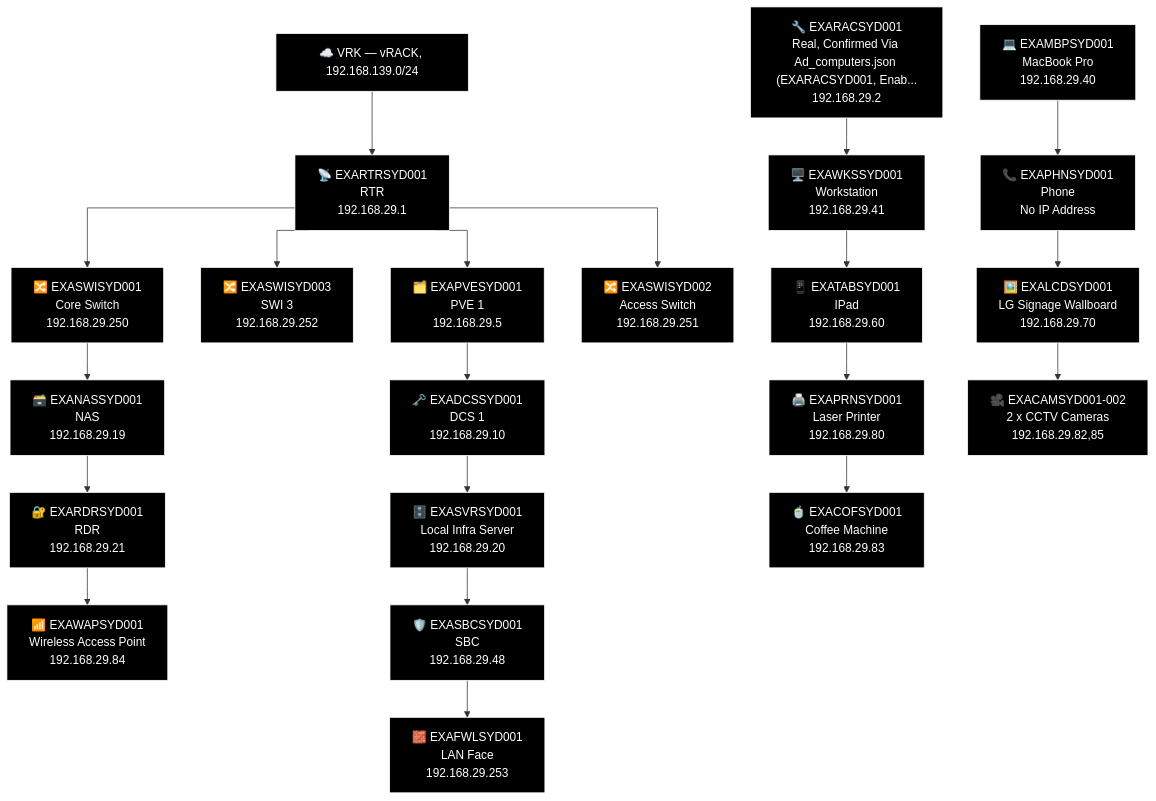
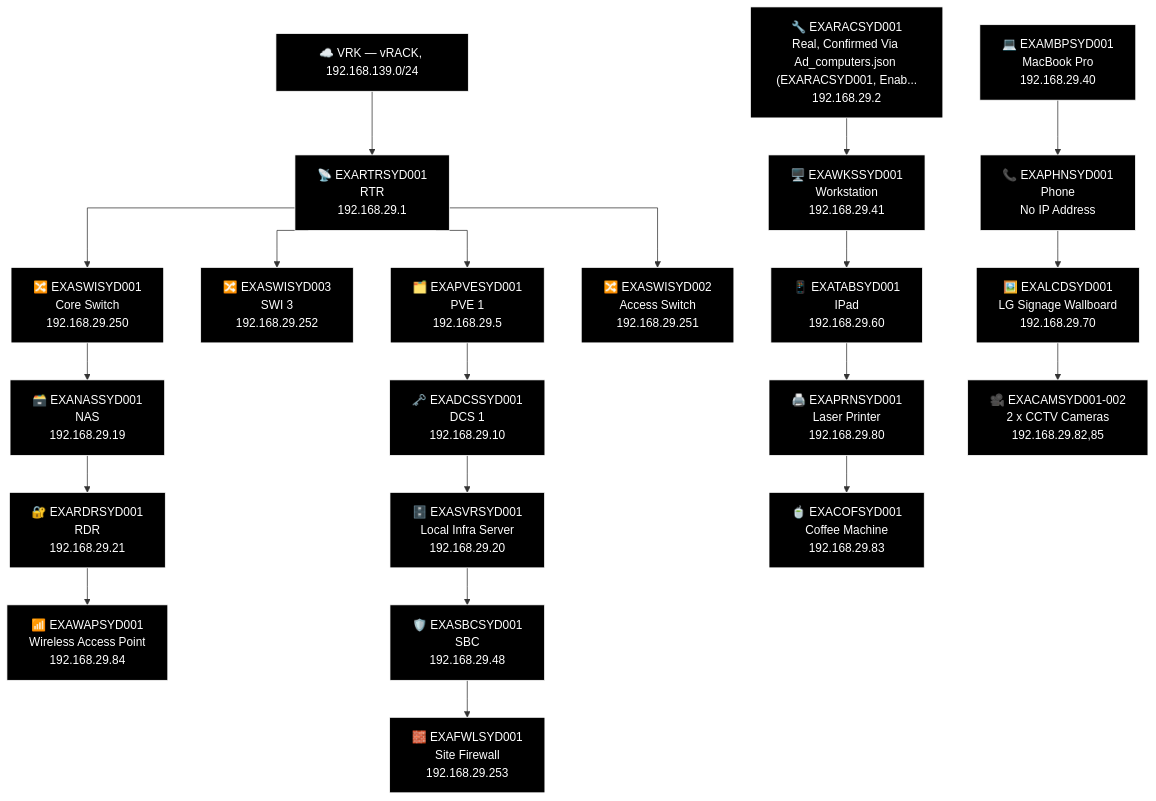
One commit to knightmare2600/example_music_infra changed the third of 6 diagrams in docs/network-diagram/australia.md. Above: the diagram before and after it, drawn with Mermaid. The commit also changed other lines of this file and 19 other files, not shown here.

````diff
--- a/docs/network-diagram/australia.md
+++ b/docs/network-diagram/australia.md
@@ -134,59 +134,59 @@
 ```mermaid
 %% GENERATED:TOPOLOGY:SYD:START
 %%{init: {'flowchart': {'curve': 'stepAfter'}}}%%
 graph TD
     T_VRK["☁️ VRK — vRACK, 192.168.139.0/24"]
     T_RTR["📡 EXARTRSYD001<br/>RTR<br/>192.168.29.1"]
     T_VRK --> T_RTR
     T_PVE["🗂️ EXAPVESYD001<br/>PVE 1<br/>192.168.29.5"]
     T_RTR --> T_PVE
     T_SWI["🔀 EXASWISYD003<br/>SWI 3<br/>192.168.29.252"]
     T_RTR --> T_SWI
     T_SWI2["🔀 EXASWISYD001<br/>Core Switch<br/>192.168.29.250"]
     T_RTR --> T_SWI2
     T_SWI3["🔀 EXASWISYD002<br/>Access Switch<br/>192.168.29.251"]
     T_RTR --> T_SWI3
     T_NAS["🗃️ EXANASSYD001<br/>NAS<br/>192.168.29.19"]
     T_RDR["🔐 EXARDRSYD001<br/>RDR<br/>192.168.29.21"]
     T_WAP["📶 EXAWAPSYD001<br/>Wireless Access Point<br/>192.168.29.84"]
     T_SWI2 --> T_NAS --> T_RDR --> T_WAP
     T_DCS["🗝️ EXADCSSYD001<br/>DCS 1<br/>192.168.29.10"]
     T_SVR["🗄️ EXASVRSYD001<br/>Local Infra Server<br/>192.168.29.20"]
     T_SBC["🛡️ EXASBCSYD001<br/>SBC<br/>192.168.29.48"]
-    T_FWL["🧱 EXAFWLSYD001<br/>LAN Face<br/>192.168.29.253"]
+    T_FWL["🧱 EXAFWLSYD001<br/>Site Firewall<br/>192.168.29.253"]
     T_PVE --> T_DCS --> T_SVR --> T_SBC --> T_FWL
     T_RAC["🔧 EXARACSYD001<br/>Real, Confirmed Via Ad_computers.json (EXARACSYD001, Enab...<br/>192.168.29.2"]
     T_MBP["💻 EXAMBPSYD001<br/>MacBook Pro<br/>192.168.29.40"]
     T_WKS["🖥️ EXAWKSSYD001<br/>Workstation<br/>192.168.29.41"]
     T_PHN["📞 EXAPHNSYD001<br/>Phone<br/>No IP Address"]
     T_TAB["📱 EXATABSYD001<br/>IPad<br/>192.168.29.60"]
     T_LCD["🖼️ EXALCDSYD001<br/>LG Signage Wallboard<br/>192.168.29.70"]
     T_PRN["🖨️ EXAPRNSYD001<br/>Laser Printer<br/>192.168.29.80"]
     T_OTH_CAM["🎥 EXACAMSYD001-002<br/>2 x CCTV Cameras<br/>192.168.29.82,85"]
     T_COF["🍵 EXACOFSYD001<br/>Coffee Machine<br/>192.168.29.83"]
     T_RAC --> T_WKS --> T_TAB --> T_PRN --> T_COF
     T_MBP --> T_PHN --> T_LCD --> T_OTH_CAM
     style T_VRK fill:#000000,stroke:#FFFFFF,color:#FFFFFF
     style T_RTR fill:#000000,stroke:#FFFFFF,color:#FFFFFF
     style T_PVE fill:#000000,stroke:#FFFFFF,color:#FFFFFF
     style T_SWI fill:#000000,stroke:#FFFFFF,color:#FFFFFF
     style T_SWI2 fill:#000000,stroke:#FFFFFF,color:#FFFFFF
     style T_SWI3 fill:#000000,stroke:#FFFFFF,color:#FFFFFF
     style T_NAS fill:#000000,stroke:#FFFFFF,color:#FFFFFF
     style T_RDR fill:#000000,stroke:#FFFFFF,color:#FFFFFF
     style T_WAP fill:#000000,stroke:#FFFFFF,color:#FFFFFF
     style T_DCS fill:#000000,stroke:#FFFFFF,color:#FFFFFF
     style T_SVR fill:#000000,stroke:#FFFFFF,color:#FFFFFF
     style T_SBC fill:#000000,stroke:#FFFFFF,color:#FFFFFF
     style T_FWL fill:#000000,stroke:#FFFFFF,color:#FFFFFF
     style T_RAC fill:#000000,stroke:#FFFFFF,color:#FFFFFF
     style T_MBP fill:#000000,stroke:#FFFFFF,color:#FFFFFF
     style T_WKS fill:#000000,stroke:#FFFFFF,color:#FFFFFF
     style T_PHN fill:#000000,stroke:#FFFFFF,color:#FFFFFF
     style T_TAB fill:#000000,stroke:#FFFFFF,color:#FFFFFF
     style T_LCD fill:#000000,stroke:#FFFFFF,color:#FFFFFF
     style T_PRN fill:#000000,stroke:#FFFFFF,color:#FFFFFF
     style T_OTH_CAM fill:#000000,stroke:#FFFFFF,color:#FFFFFF
     style T_COF fill:#000000,stroke:#FFFFFF,color:#FFFFFF
 %% GENERATED:TOPOLOGY:SYD:END
 ```
````
